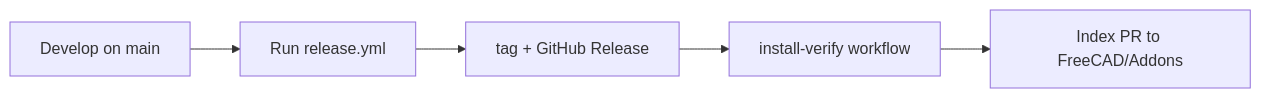
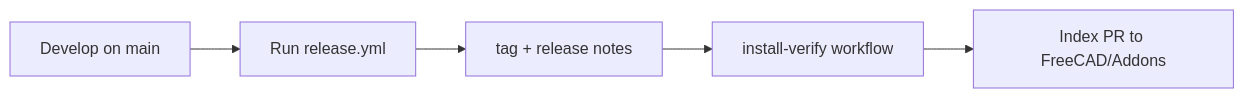
The second of 2 diagrams in MAINTAINING.md (CREATeNG/freecad-mcp-bridge), drawn with Mermaid before and after one commit. The commit also changed other lines of this file and 4 other files, not shown here.

First line of the commit message:
Drop redundant GitHub Release binary uploads

````diff
--- a/MAINTAINING.md
+++ b/MAINTAINING.md
@@ -98,7 +98,7 @@
 ```mermaid
 flowchart LR
   dev[Develop on main] --> dispatch[Run release.yml]
-  dispatch --> shipped[tag + GitHub Release]
+  dispatch --> shipped[tag + release notes]
   shipped --> postverify[install-verify workflow]
   postverify --> index[Index PR to FreeCAD/Addons]
 ```
````
